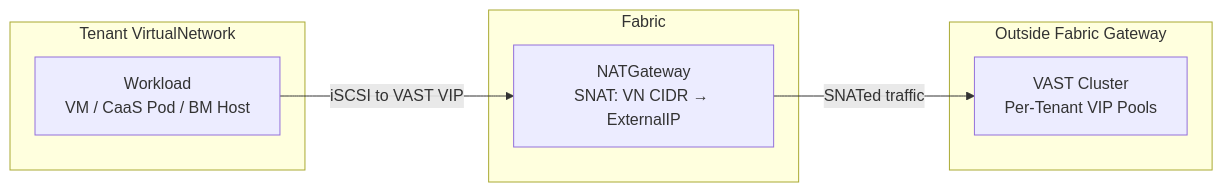
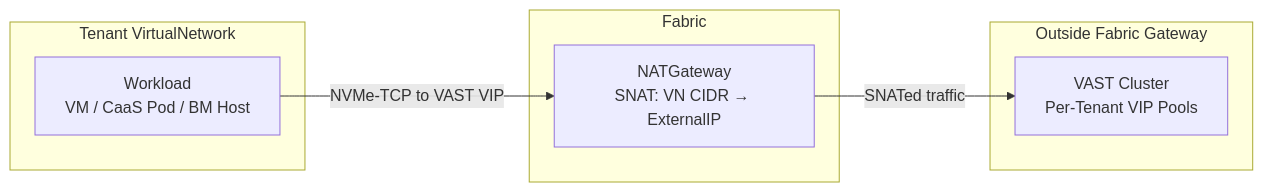
Before and after one commit to osac-project/enhancement-proposals: the diagram in enhancements/OSAC-5690-storage-networking/design.md, drawn with Mermaid. The commit also changed other lines of this file and 1 other file, not shown here.

First line of the commit message:
OSAC-5690: add current storage architecture section and fix block protocol

````diff
--- a/enhancements/OSAC-5690-storage-networking/design.md
+++ b/enhancements/OSAC-5690-storage-networking/design.md
@@ -120,14 +381,14 @@
 ```mermaid
 flowchart LR
     subgraph Tenant VirtualNetwork
         W[Workload<br/>VM / CaaS Pod / BM Host]
     end
     subgraph Fabric
         NG[NATGateway<br/>SNAT: VN CIDR → ExternalIP]
     end
     subgraph Outside Fabric Gateway
         VAST[VAST Cluster<br/>Per-Tenant VIP Pools]
     end
-    W -->|iSCSI to VAST VIP| NG
+    W -->|NVMe-TCP to VAST VIP| NG
     NG -->|SNATed traffic| VAST
 ```
````
